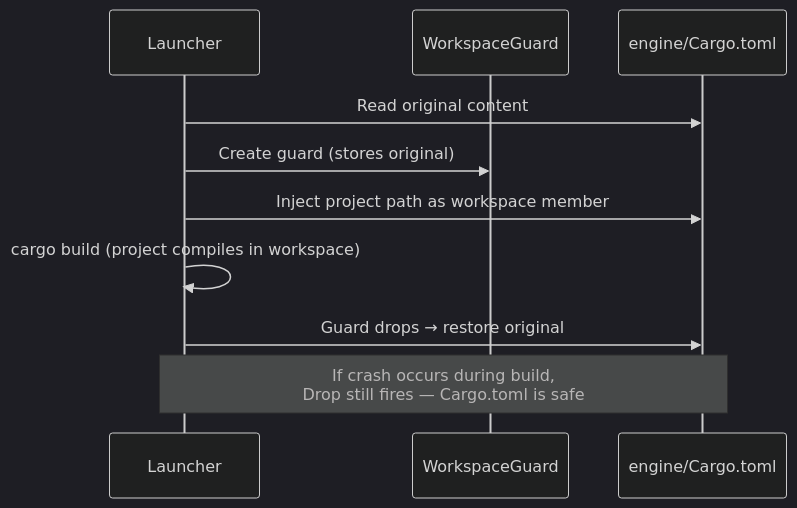
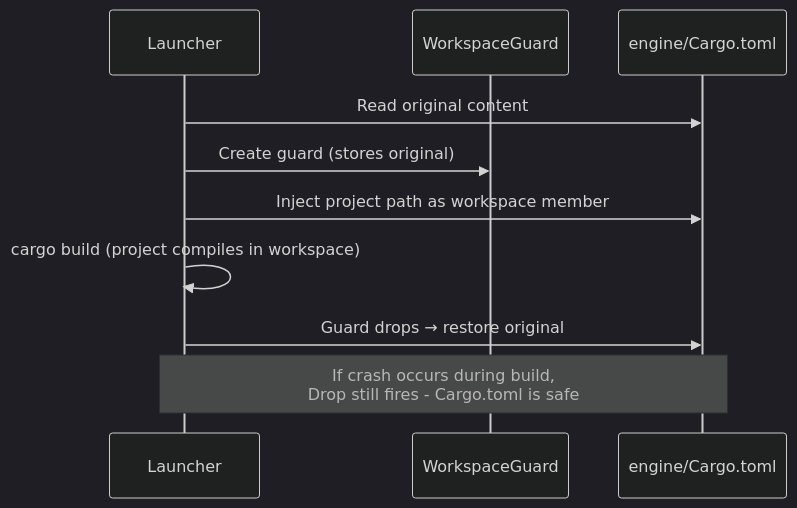
Before and after one commit to MattSzymonski/Pill-Engine-Website: the second of 5 diagrams in guide/pages/advanced/pill-launcher.md, drawn with Mermaid (dark theme). The commit also changed other lines of this file and 31 other files, not shown here.

````diff
--- a/guide/pages/advanced/pill-launcher.md
+++ b/guide/pages/advanced/pill-launcher.md
@@ -80,14 +80,14 @@
 ```mermaid
 sequenceDiagram
     participant L as Launcher
     participant W as WorkspaceGuard
     participant C as engine/Cargo.toml
 
     L->>C: Read original content
     L->>W: Create guard (stores original)
     L->>C: Inject project path as workspace member
     L->>L: cargo build (project compiles in workspace)
     L->>C: Guard drops → restore original
 
-    Note over L,C: If crash occurs during build,<br/>Drop still fires — Cargo.toml is safe
+    Note over L,C: If crash occurs during build,<br/>Drop still fires - Cargo.toml is safe
 ```
````
